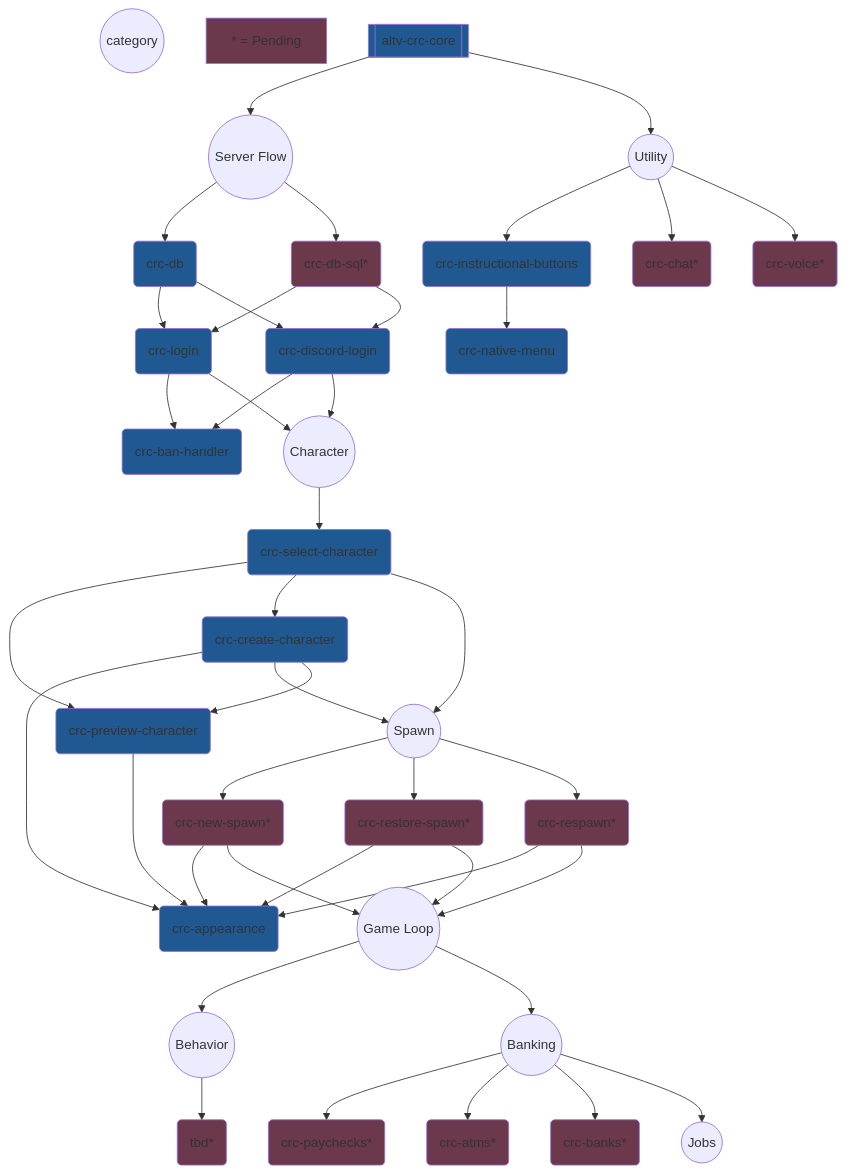
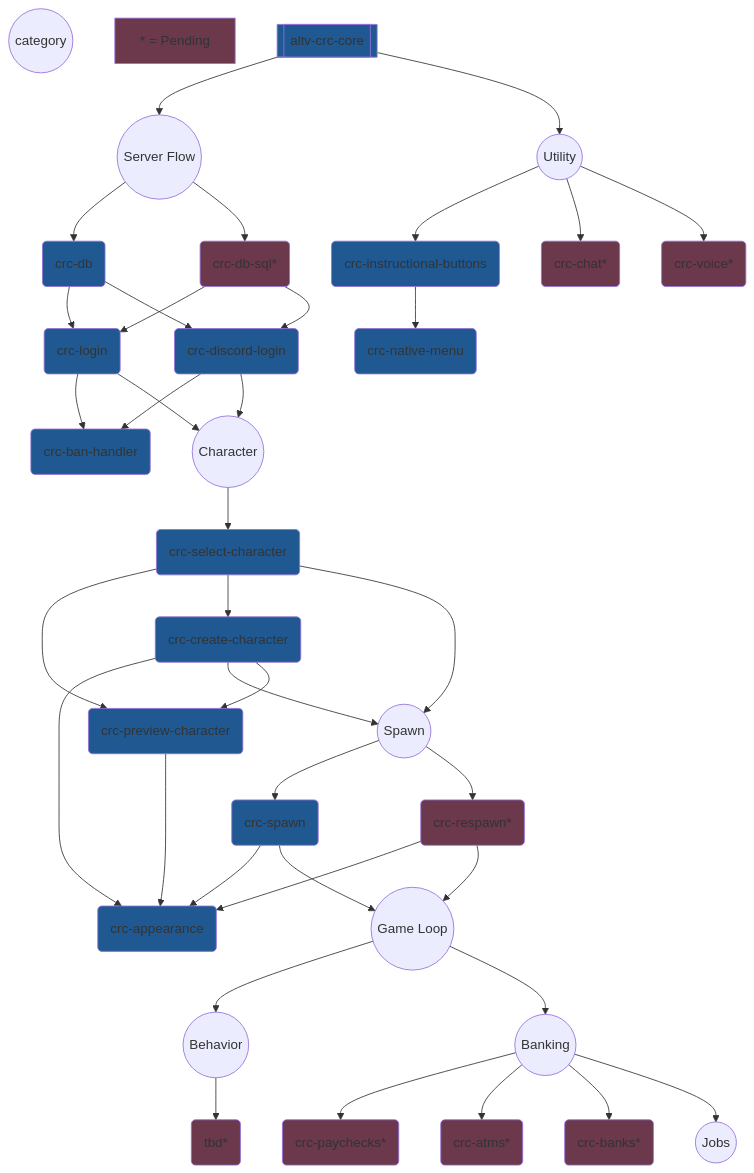
Before and after one commit to altv-crc/.github: the diagram in profile/README.md, drawn with Mermaid.

```diff
--- a/profile/README.md
+++ b/profile/README.md
@@ -77,8 +77,7 @@
     %% Appearance
     crc_appearance(crc-appearance):::ready
     crc_char_create --> crc_appearance
-    crc_restore_spawn --> crc_appearance
-    crc_new_spawn --> crc_appearance
+    crc_spawn --> crc_appearance
     crc_char_preview --> crc_appearance
     crc_respawn --> crc_appearance
 
@@ -93,11 +92,9 @@
 
     %% Spawn
     cat_spawn((Spawn))
-    cat_spawn --> crc_new_spawn(crc-new-spawn*):::pending
-    cat_spawn --> crc_restore_spawn(crc-restore-spawn*):::pending
+    cat_spawn --> crc_spawn(crc-spawn):::ready
     cat_spawn --> crc_respawn(crc-respawn*):::pending
-    crc_new_spawn --> cat_game_loop
-    crc_restore_spawn --> cat_game_loop
+    crc_spawn --> cat_game_loop
     crc_respawn --> cat_game_loop
 
     %% Game Loop
```
